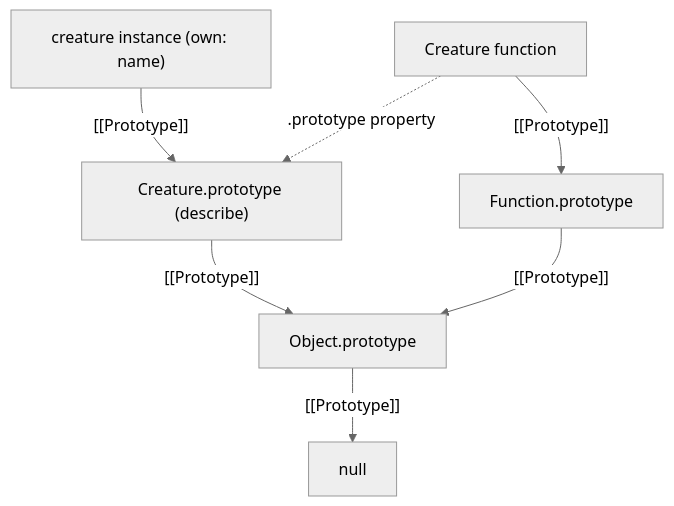
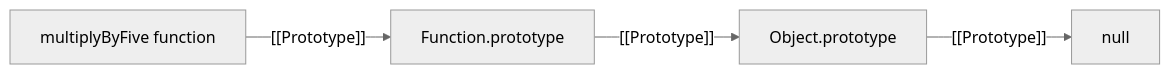
Before and after one commit to raushanapp/advance_javascript_Andre: the third of 4 diagrams in the_two_pillars/prototype_inheritance/prototype_inheritance.md, drawn with Mermaid (neutral theme). The commit also changed other lines of this file and 1 other file, not shown here.

Commit message:
Add detailed documentation on Big O notation and its significance in algorithm performance; include examples and a function to demonstrate time complexity

````diff
--- a/the_two_pillars/prototype_inheritance/prototype_inheritance.md
+++ b/the_two_pillars/prototype_inheritance/prototype_inheritance.md
@@ -100,9 +188,6 @@
 ```mermaid
-flowchart TD
-    I["creature instance (own: name)"] -->|"[[Prototype]]"| CP["Creature.prototype (describe)"]
-    CP -->|"[[Prototype]]"| OP["Object.prototype"]
+flowchart LR
+    F["multiplyByFive function"] -->|"[[Prototype]]"| FP["Function.prototype"]
+    FP -->|"[[Prototype]]"| OP["Object.prototype"]
     OP -->|"[[Prototype]]"| N["null"]
-    C["Creature function"] -. ".prototype property" .-> CP
-    C -->|"[[Prototype]]"| FP["Function.prototype"]
-    FP -->|"[[Prototype]]"| OP
 ```
````
